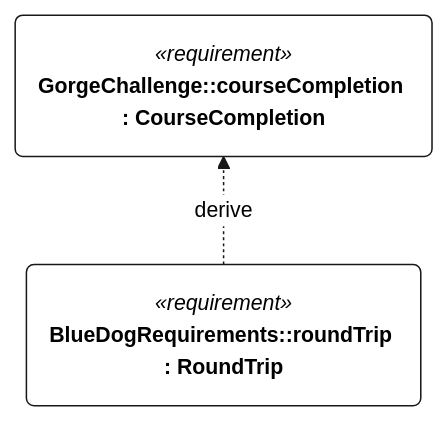
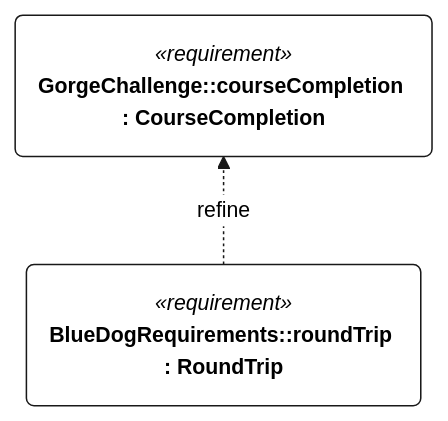
The diagram in docs/figures/requirements-c-001.md (DavidIngraham/sv-blue-dog), drawn with Mermaid before and after one commit. The commit also changed other lines of this file and 130 other files, not shown here.

````diff
--- a/docs/figures/requirements-c-001.md
+++ b/docs/figures/requirements-c-001.md
@@ -15,35 +15,35 @@
 ```mermaid
 ---
 config:
   fontFamily: "Helvetica, Arial, sans-serif"
   theme: base
   themeCSS: ".edgeLabel rect { opacity: 1 !important; } .cluster-label .nodeLabel { text-align: center; }"
   themeVariables:
     fontFamily: "Helvetica, Arial, sans-serif"
     fontSize: "14px"
     primaryColor: "#FFFFFF"
     secondaryColor: "#FFFFFF"
     tertiaryColor: "#FFFFFF"
     background: "#FFFFFF"
     primaryBorderColor: "#181818"
     primaryTextColor: "#000000"
     lineColor: "#181818"
     textColor: "#000000"
     noteBkgColor: "#FEFFDD"
     noteBorderColor: "#181818"
     noteTextColor: "#000000"
     clusterBkg: "#FFFFFF"
     clusterBorder: "#181818"
     edgeLabelBackground: "#FFFFFF"
 ---
 %% BlueDogViews::courseCompletion1 — requirement rendering (view def GeneralView, filter @RequirementUsage)
-%% not represented: 232 node(s) without a position, left undrawn, and 453 edge(s) at them
+%% not represented: 97 node(s) without a position, left undrawn, and 109 edge(s) at them
 %% layout: n0 x=0 y=0
 %% layout: n1 x=0 y=200
 flowchart BT
   n0("`*«requirement»*
 **GorgeChallenge::courseCompletion : CourseCompletion**`")
   n1("`*«requirement»*
 **BlueDogRequirements::roundTrip : RoundTrip**`")
-  n1 -.->|"derive"| n0
+  n1 -.->|"refine"| n0
 ```
````
